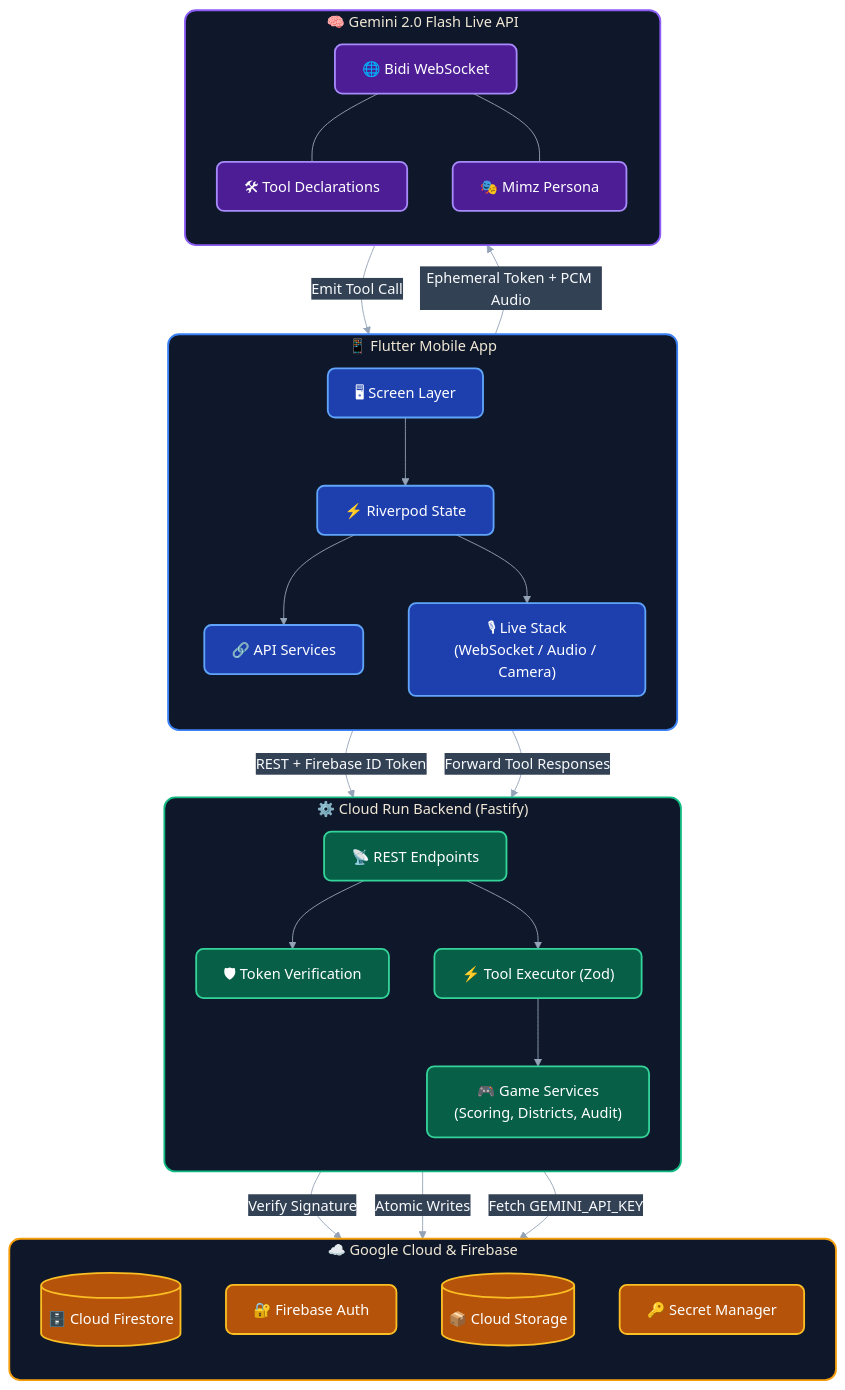
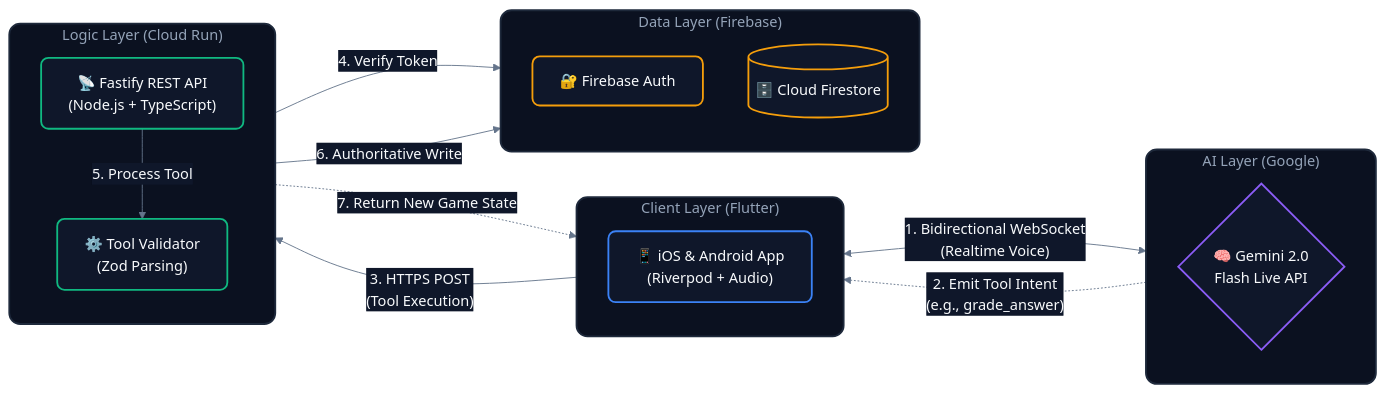
Before and after one commit to AmirmLotfy/mimz: the diagram in docs/assets/architecture.mmd, drawn with Mermaid. The commit also changed 1 other file, not shown here.

Commit message:
docs: use incredibly clean, enterprise-grade architecture diagram

```diff
--- a/docs/assets/architecture.mmd
+++ b/docs/assets/architecture.mmd
@@ -1,89 +1,66 @@
 %%{init: {
   'theme': 'base',
   'themeVariables': {
     'primaryColor': '#1E293B',
     'primaryTextColor': '#F8FAFC',
-    'primaryBorderColor': '#38BDF8',
-    'lineColor': '#94A3B8',
-    'secondaryColor': '#334155',
-    'tertiaryColor': '#0F172A',
-    'clusterBkg': '#0F172A',
-    'clusterBorder': '#475569',
-    'nodeBorder': '#38BDF8',
-    'mainBkg': '#0B1120',
+    'primaryBorderColor': '#334155',
+    'lineColor': '#64748B',
+    'secondaryColor': '#0F172A',
+    'tertiaryColor': '#020617',
+    'clusterBkg': '#0B1120',
+    'clusterBorder': '#1E293B',
+    'nodeBorder': '#334155',
+    'mainBkg': '#020617',
     'fontSize': '16px',
-    'fontFamily': 'system-ui, -apple-system, sans-serif'
+    'fontFamily': 'Inter, system-ui, sans-serif'
   }
 }}%%
-graph TB
-    subgraph Client ["📱 Flutter Mobile App"]
+flowchart LR
+    subgraph Client ["Client Layer (Flutter)"]
         direction TB
-        UI["🖥 Screen Layer"]
-        RP["⚡ Riverpod State"]
-        LIVE["🎙 Live Stack<br>(WebSocket / Audio / Camera)"]
-        SVC["🔗 API Services"]
+        App["📱 iOS & Android App<br/>(Riverpod + Audio)"]
     end
 
-    subgraph AI ["🧠 Gemini 2.0 Flash Live API"]
+    subgraph Intelligence ["AI Layer (Google)"]
         direction TB
-        WS["🌐 Bidi WebSocket"]
-        TOOLS["🛠 Tool Declarations"]
-        PERSONA["🎭 Mimz Persona"]
+        Gemini{"🧠 Gemini 2.0<br/>Flash Live API"}
     end
 
-    subgraph Server ["⚙️ Cloud Run Backend (Fastify)"]
+    subgraph Backend ["Logic Layer (Cloud Run)"]
         direction TB
-        API["📡 REST Endpoints"]
-        AUTH["🛡 Token Verification"]
-        EXEC["⚡ Tool Executor (Zod)"]
-        GSVC["🎮 Game Services<br>(Scoring, Districts, Audit)"]
+        API["📡 Fastify REST API<br/>(Node.js + TypeScript)"]
+        Tools["⚙️ Tool Validator<br/>(Zod Parsing)"]
     end
 
-    subgraph Cloud ["☁️ Google Cloud & Firebase"]
+    subgraph Data ["Data Layer (Firebase)"]
         direction TB
-        FS[("🗄️ Cloud Firestore")]
-        FA["🔐 Firebase Auth"]
-        GCS[("📦 Cloud Storage")]
-        SM["🔑 Secret Manager"]
+        Auth["🔐 Firebase Auth"]
+        DB[("🗄️ Cloud Firestore")]
     end
 
-    %% Internal Client Flow
-    UI --> RP
-    RP --> SVC
-    RP --> LIVE
+    %% Communication Flows
+    App <-->|"1. Bidirectional WebSocket<br/>(Realtime Voice)"| Gemini
+    Gemini -.->|"2. Emit Tool Intent<br/>(e.g., grade_answer)"| App
+    
+    App -->|"3. HTTPS POST<br/>(Tool Execution)"| API
+    
+    API -->|"4. Verify Token"| Auth
+    API -->|"5. Process Tool"| Tools
+    Tools -->|"6. Authoritative Write"| DB
+    Tools -.->|"7. Return New Game State"| App
 
-    %% Client communicating outside
-    SVC -- "REST + Firebase ID Token" --> API
-    LIVE -- "Ephemeral Token + PCM Audio" --> WS
-    LIVE -- "Forward Tool Responses" --> API
+    %% Enterprise Styling
+    classDef clientNode fill:#0F172A,stroke:#3B82F6,stroke-width:2px,color:#F8FAFC,rx:8,ry:8;
+    classDef aiNode fill:#0F172A,stroke:#8B5CF6,stroke-width:2px,color:#F8FAFC,rx:8,ry:8;
+    classDef backendNode fill:#0F172A,stroke:#10B981,stroke-width:2px,color:#F8FAFC,rx:8,ry:8;
+    classDef dataNode fill:#0F172A,stroke:#F59E0B,stroke-width:2px,color:#F8FAFC,rx:8,ry:8;
 
-    %% AI internals
-    WS --- TOOLS
-    WS --- PERSONA
+    class App clientNode;
+    class Gemini aiNode;
+    class API,Tools backendNode;
+    class Auth,DB dataNode;
 
-    %% AI talking directly to Client
-    WS -- "Emit Tool Call" --> LIVE
-
-    %% Backend Flow
-    API --> AUTH
-    AUTH -- "Verify Signature" --> FA
-    API --> EXEC
-    EXEC --> GSVC
-    GSVC -- "Atomic Writes" --> FS
-    API -- "Fetch GEMINI_API_KEY" --> SM
-
-    %% Styling
-    classDef clientNode fill:#1e40af,stroke:#60a5fa,stroke-width:2px,color:#fff,rx:8,ry:8;
-    classDef aiNode fill:#4c1d95,stroke:#a78bfa,stroke-width:2px,color:#fff,rx:8,ry:8;
-    classDef serverNode fill:#065f46,stroke:#34d399,stroke-width:2px,color:#fff,rx:8,ry:8;
-    classDef cloudNode fill:#b45309,stroke:#fbbf24,stroke-width:2px,color:#fff,rx:8,ry:8;
-
-    class UI,RP,LIVE,SVC clientNode;
-    class WS,TOOLS,PERSONA aiNode;
-    class API,AUTH,EXEC,GSVC serverNode;
-    class FS,FA,GCS,SM cloudNode;
-
-    style Client fill:#0f172a,stroke:#3b82f6,stroke-width:2px,rx:12,ry:12
-    style AI fill:#0f172a,stroke:#8b5cf6,stroke-width:2px,rx:12,ry:12
-    style Server fill:#0f172a,stroke:#10b981,stroke-width:2px,rx:12,ry:12
-    style Cloud fill:#0f172a,stroke:#f59e0b,stroke-width:2px,rx:12,ry:12
+    style Client fill:#0B1120,stroke:#1E293B,stroke-width:2px,color:#94A3B8,rx:12,ry:12
+    style Intelligence fill:#0B1120,stroke:#1E293B,stroke-width:2px,color:#94A3B8,rx:12,ry:12
+    style Backend fill:#0B1120,stroke:#1E293B,stroke-width:2px,color:#94A3B8,rx:12,ry:12
+    style Data fill:#0B1120,stroke:#1E293B,stroke-width:2px,color:#94A3B8,rx:12,ry:12
```
